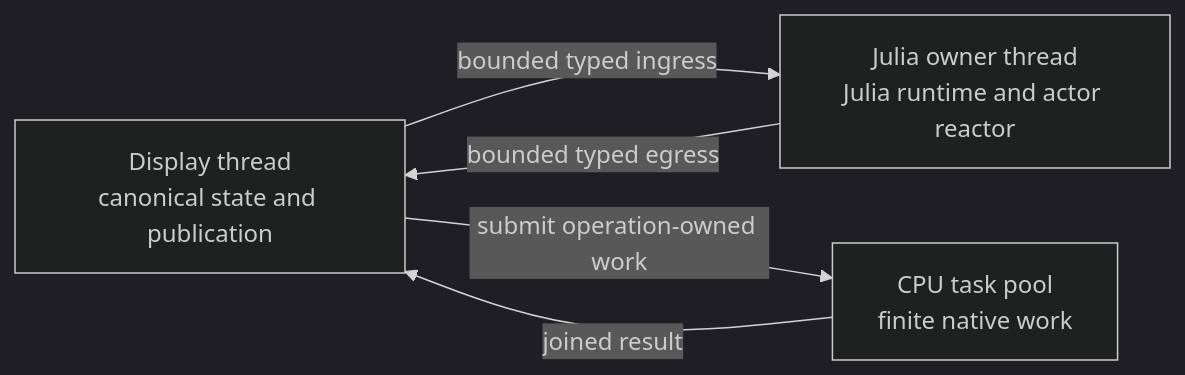
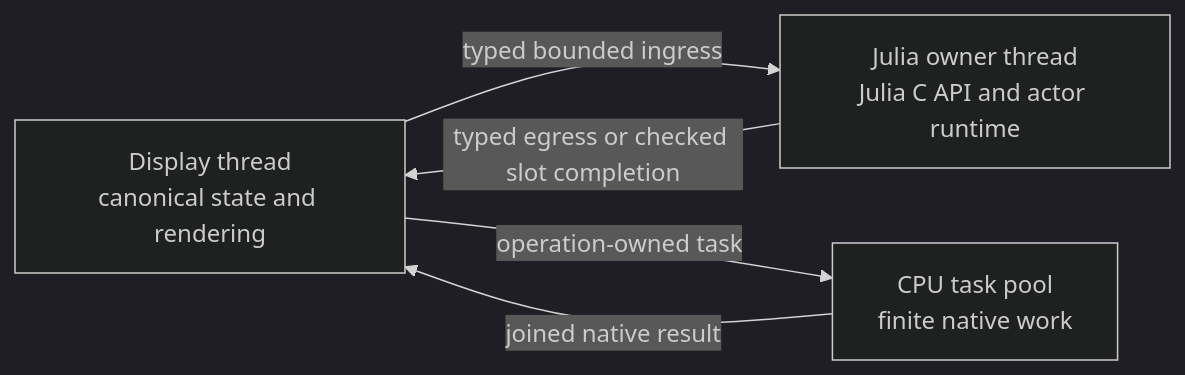
The first of 6 diagrams in docs/wiki/Guides/JuliaThreadArchitecture.md (derekshoneycutt/Euclid), drawn with Mermaid (dark theme) before and after one commit. The commit also changed other lines of this file and 11 other files, not shown here.

````diff
--- a/docs/wiki/Guides/JuliaThreadArchitecture.md
+++ b/docs/wiki/Guides/JuliaThreadArchitecture.md
@@ -69,11 +69,11 @@
 ```mermaid
 flowchart LR
-  D[Display thread<br/>canonical state and publication]
-  J[Julia owner thread<br/>Julia runtime and actor reactor]
-  W[CPU task pool<br/>finite native work]
+    D[Display thread<br/>canonical state and rendering]
+    J[Julia owner thread<br/>Julia C API and actor runtime]
+    W[CPU task pool<br/>finite native work]
 
-  D -->|bounded typed ingress| J
-  J -->|bounded typed egress| D
-  D -->|submit operation-owned work| W
-  W -->|joined result| D
+    D -->|typed bounded ingress| J
+    J -->|typed egress or checked slot completion| D
+    D -->|operation-owned task| W
+    W -->|joined native result| D
 ```
````
